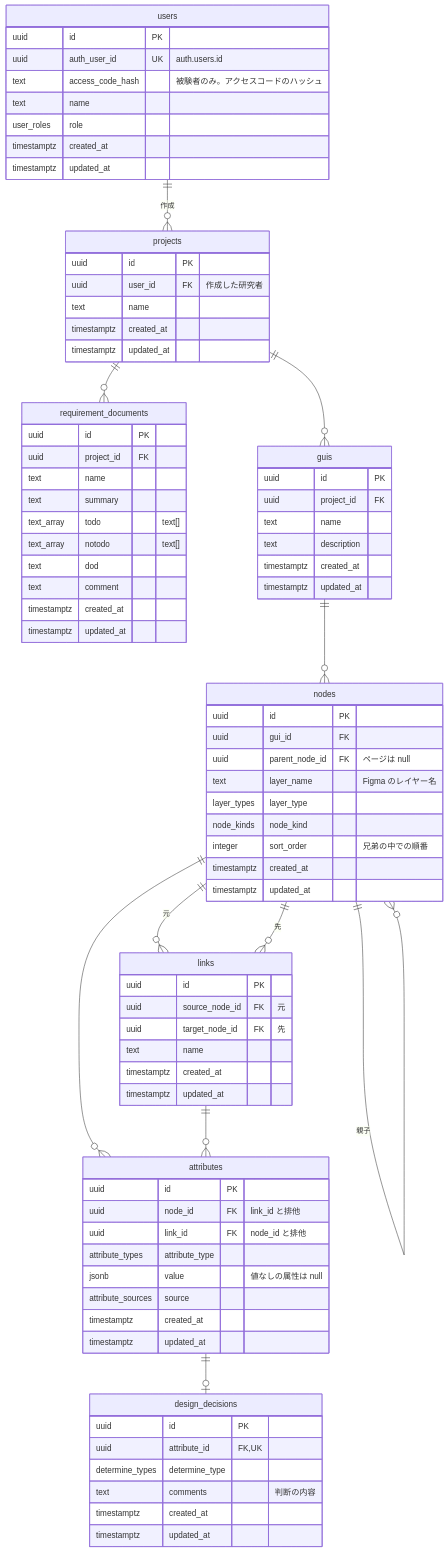
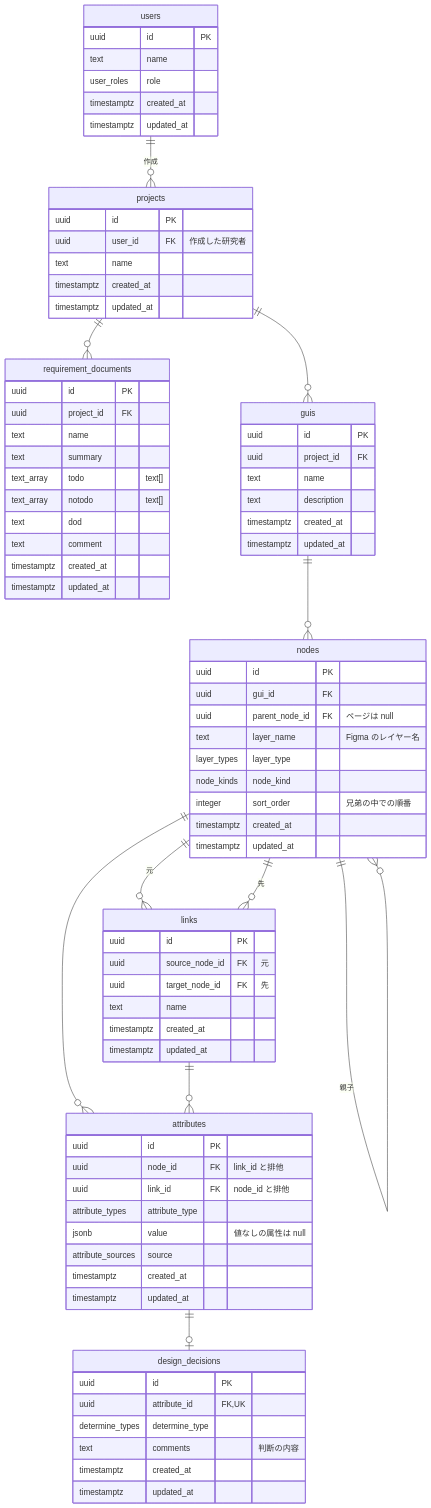
The first of 2 diagrams in docs/db-schema.md (haana12332/FinalProject), drawn with Mermaid before and after one commit. The commit also changed other lines of this file and 1 other file, not shown here.

```diff
--- a/docs/db-schema.md
+++ b/docs/db-schema.md
@@ -45,8 +45,6 @@
 
     users {
         uuid id PK
-        uuid auth_user_id UK "auth.users.id"
-        text access_code_hash "被験者のみ。アクセスコードのハッシュ"
         text name
         user_roles role
         timestamptz created_at
```
